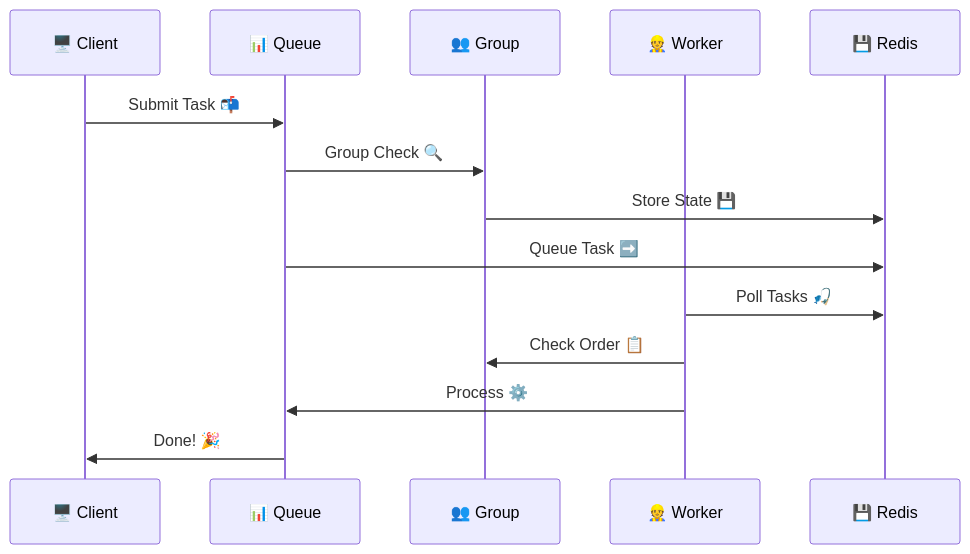
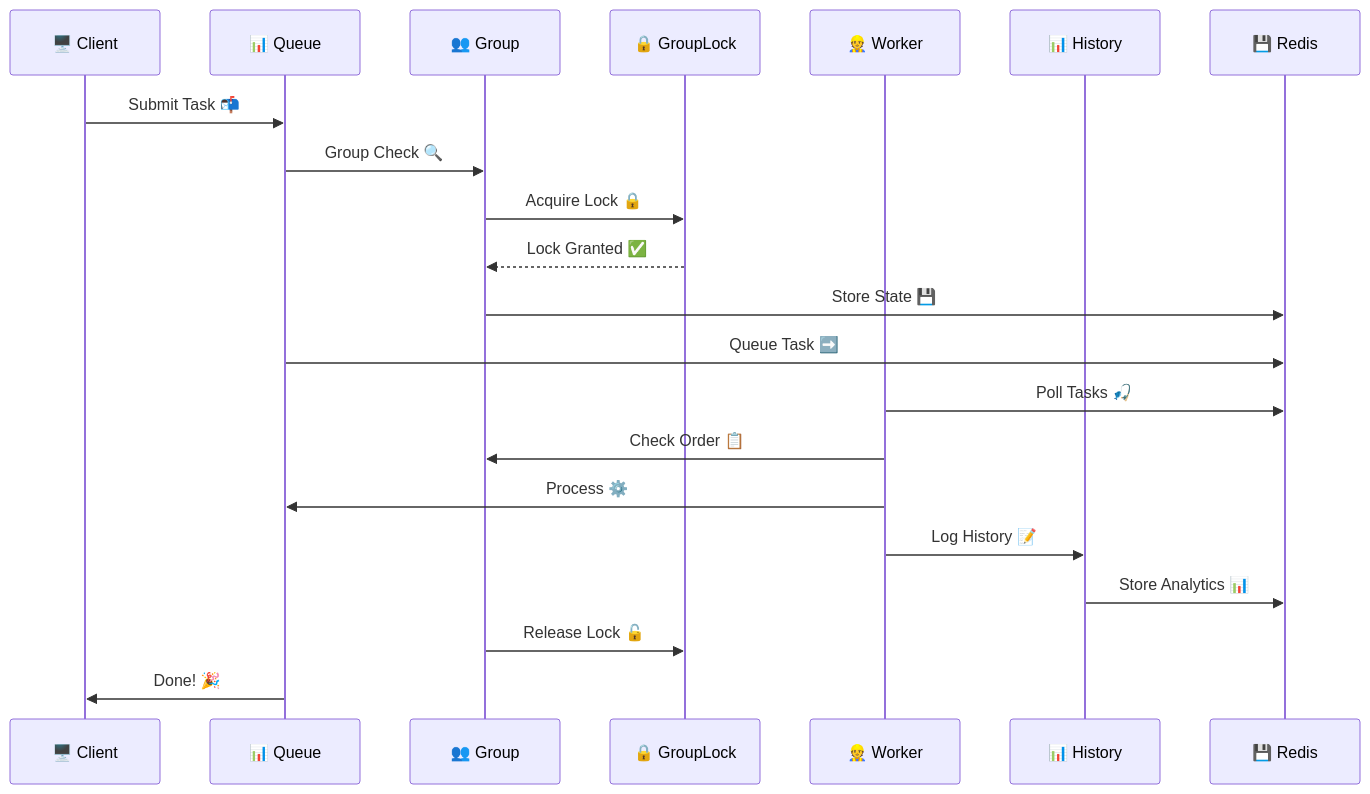
The second of 5 diagrams in packages/core/README.md (theboringhumane/cleo), drawn with Mermaid before and after one commit. The commit also changed other lines of this file, not shown here.

````diff
--- a/packages/core/README.md
+++ b/packages/core/README.md
@@ -86,17 +130,24 @@
 ```mermaid
 sequenceDiagram
     participant C as 🖥️ Client
     participant QM as 📊 Queue
     participant G as 👥 Group
+    participant L as 🔒 GroupLock
     participant W as 👷 Worker
+    participant H as 📊 History
     participant R as 💾 Redis
 
     C->>QM: Submit Task 📬
     QM->>G: Group Check 🔍
+    G->>L: Acquire Lock 🔒
+    L-->>G: Lock Granted ✅
     G->>R: Store State 💾
     QM->>R: Queue Task ➡️
     W->>R: Poll Tasks 🎣
     W->>G: Check Order 📋
     W->>QM: Process ⚙️
+    W->>H: Log History 📝
+    H->>R: Store Analytics 📊
+    G->>L: Release Lock 🔓
     QM->>C: Done! 🎉
 ```
````
